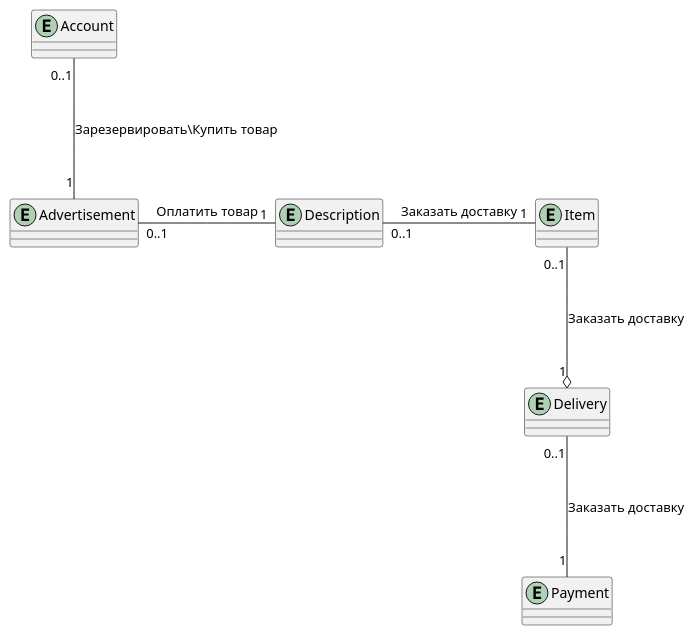
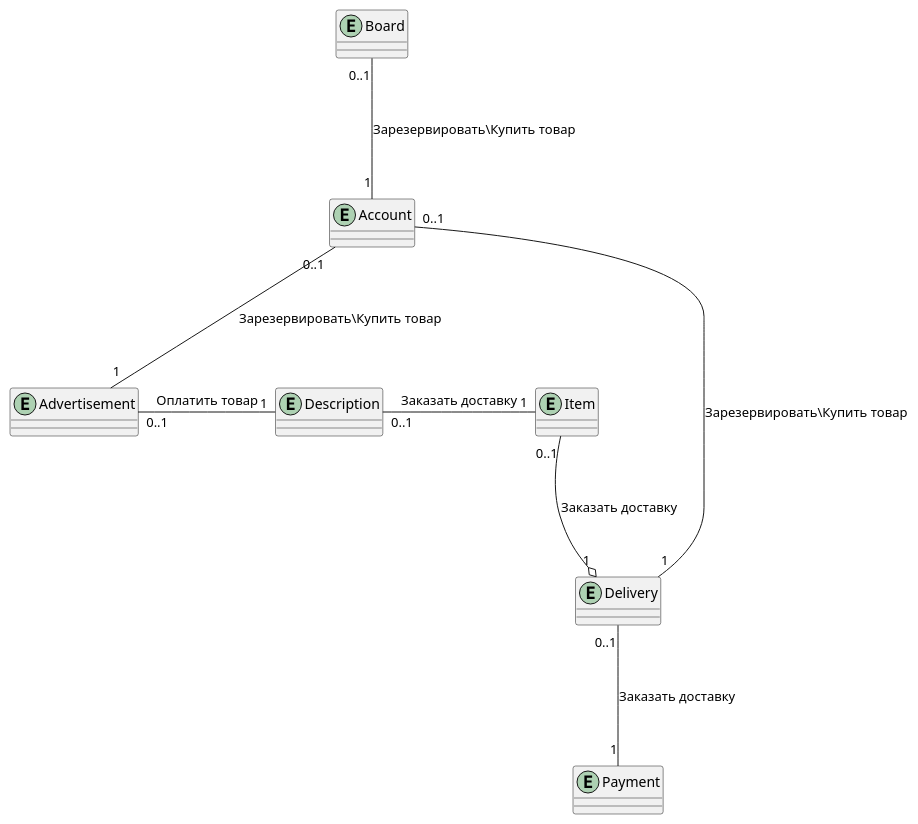
One commit to penamarth/bsbo-01-22_team1_var13 changed the diagram in Модель предметной области.md. Above: the diagram before and after it, drawn with PlantUML.

Commit message:
Update Модель предметной области.md

````diff
--- a/Модель предметной области.md
+++ b/Модель предметной области.md
@@ -1,49 +1,56 @@
 ```plantuml
 @startuml
 
+entity Board
+{
+
+}
 
 entity Account
 {
   
 }
 
 entity Advertisement
 {
     
     
 }
 
 entity Payment
 {
     
 }
 
 entity Delivery
 {
     
 }
 
 entity Item
 {
     
 }
 
 entity Description
 {
     
 }
 
+
+Board "0..1" -down-- "1" Account : Зарезервировать\Купить товар
 Account "0..1" -down-- "1" Advertisement : Зарезервировать\Купить товар
+Account "0..1" -down-- "1" Delivery : Зарезервировать\Купить товар
 
 Advertisement "0..1" -right-- "1" Description : Оплатить товар
 Description "0..1" -right-- "1" Item : Заказать доставку
 
 Item "0..1" -down--o "1" Delivery : Заказать доставку
 
 Delivery "0..1" -down-- "1" Payment : Заказать доставку
 
 
 
 
 @enduml
 ```
````
